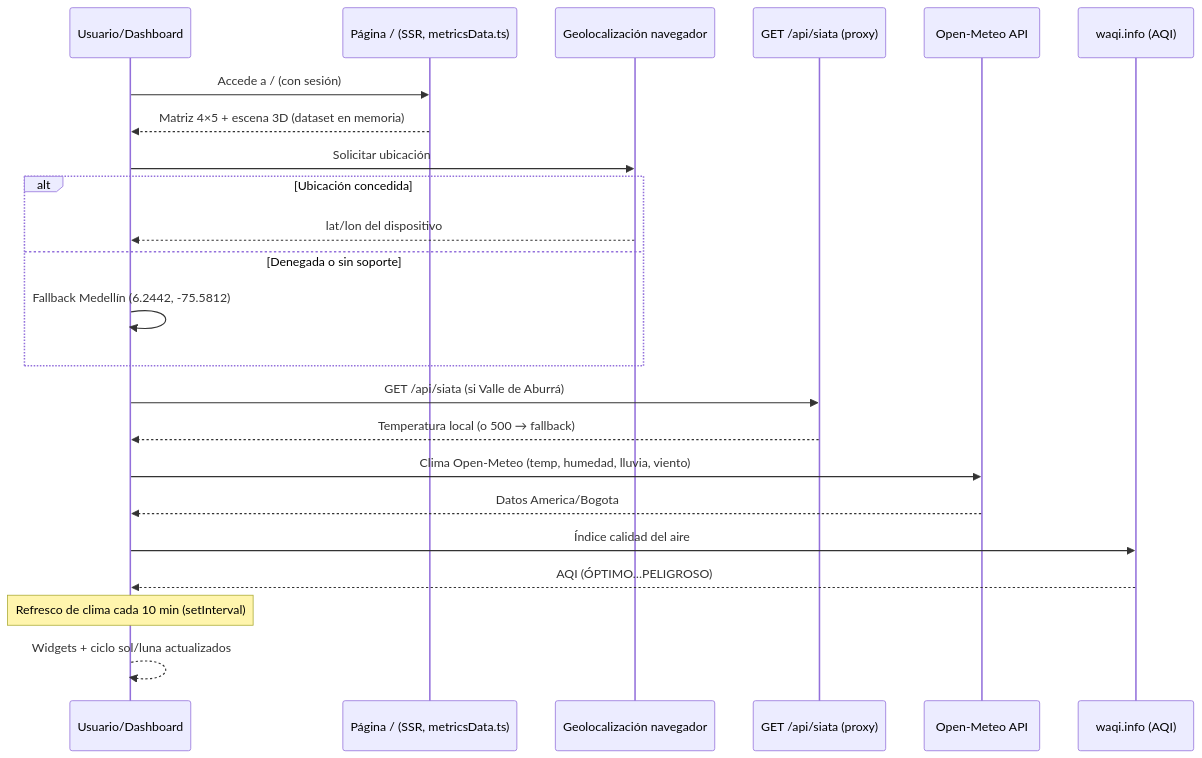
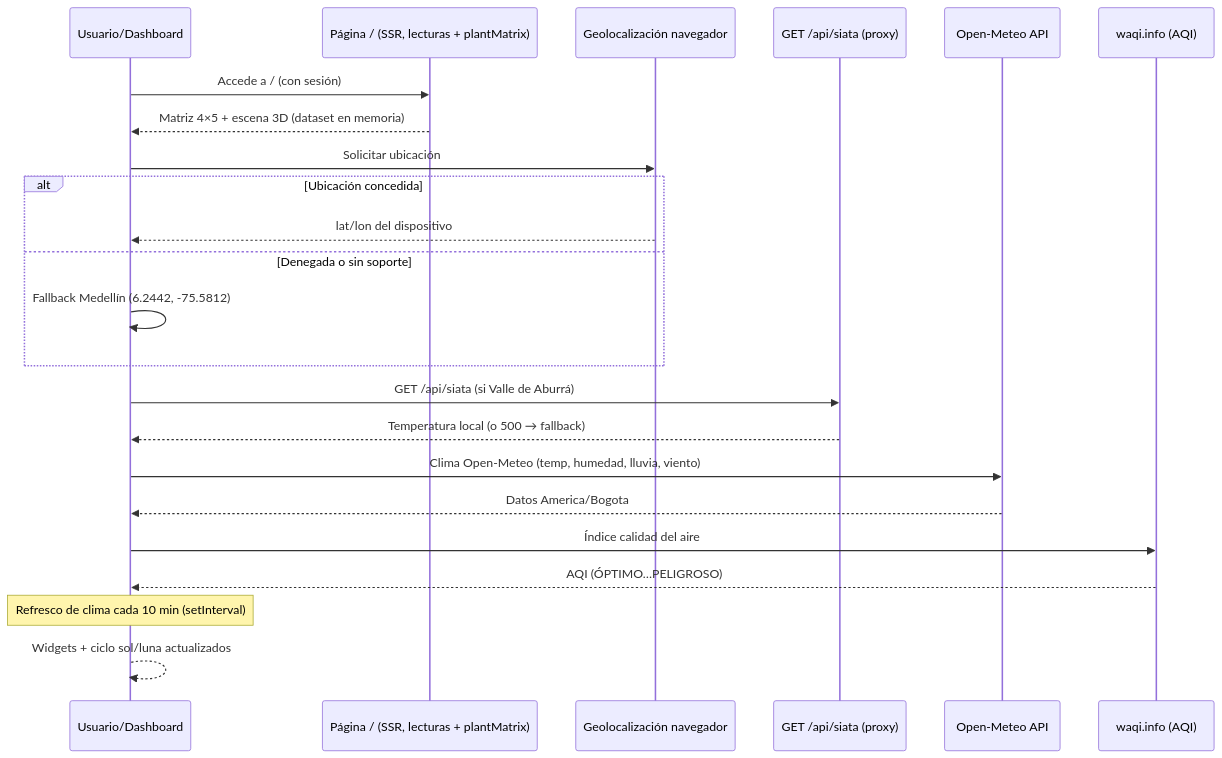
The second of 4 diagrams in docs/SEQUENCE_DIAGRAMS.md (Jdgb22/Proyect_invernadero), drawn with Mermaid before and after one commit. The commit also changed 70 other files, not shown here.

````diff
--- a/docs/SEQUENCE_DIAGRAMS.md
+++ b/docs/SEQUENCE_DIAGRAMS.md
@@ -30,26 +30,26 @@
 ```mermaid
 sequenceDiagram
     participant User as Usuario/Dashboard
-    participant Page as Página / (SSR, metricsData.ts)
+    participant Page as Página / (SSR, lecturas + plantMatrix)
     participant Geo as Geolocalización navegador
     participant Proxy as GET /api/siata (proxy)
     participant OM as Open-Meteo API
     participant AQI as waqi.info (AQI)
 
     User->>Page: Accede a / (con sesión)
     Page-->>User: Matriz 4×5 + escena 3D (dataset en memoria)
     User->>Geo: Solicitar ubicación
     alt Ubicación concedida
         Geo-->>User: lat/lon del dispositivo
     else Denegada o sin soporte
         User->>User: Fallback Medellín (6.2442, -75.5812)
     end
     User->>Proxy: GET /api/siata (si Valle de Aburrá)
     Proxy-->>User: Temperatura local (o 500 → fallback)
     User->>OM: Clima Open-Meteo (temp, humedad, lluvia, viento)
     OM-->>User: Datos America/Bogota
     User->>AQI: Índice calidad del aire
     AQI-->>User: AQI (ÓPTIMO…PELIGROSO)
     Note over User: Refresco de clima cada 10 min (setInterval)
     User-->>User: Widgets + ciclo sol/luna actualizados
 ```
````
